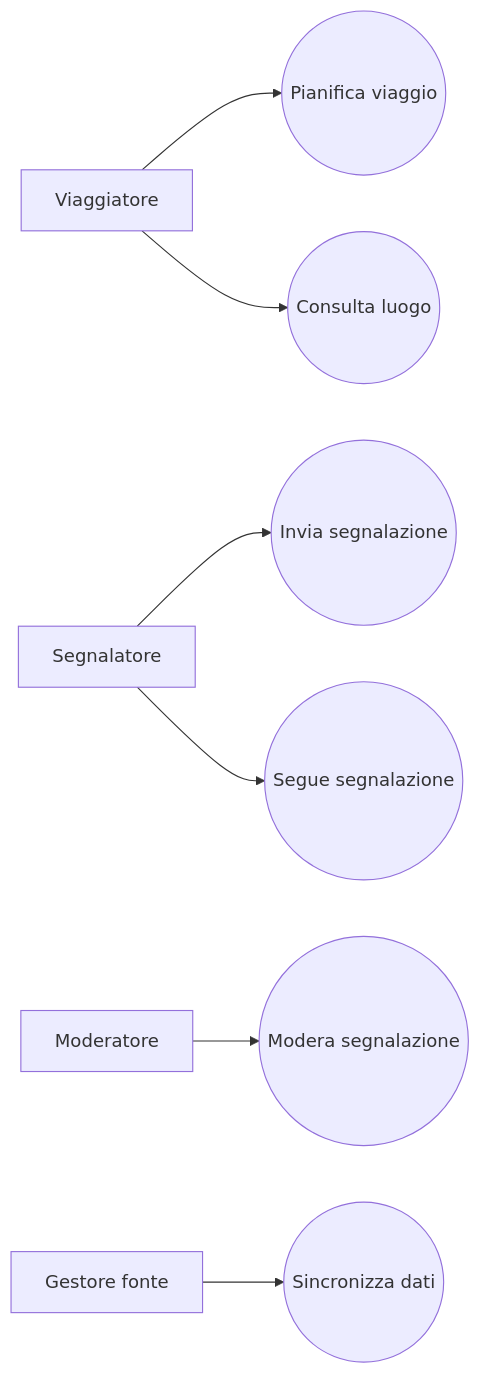
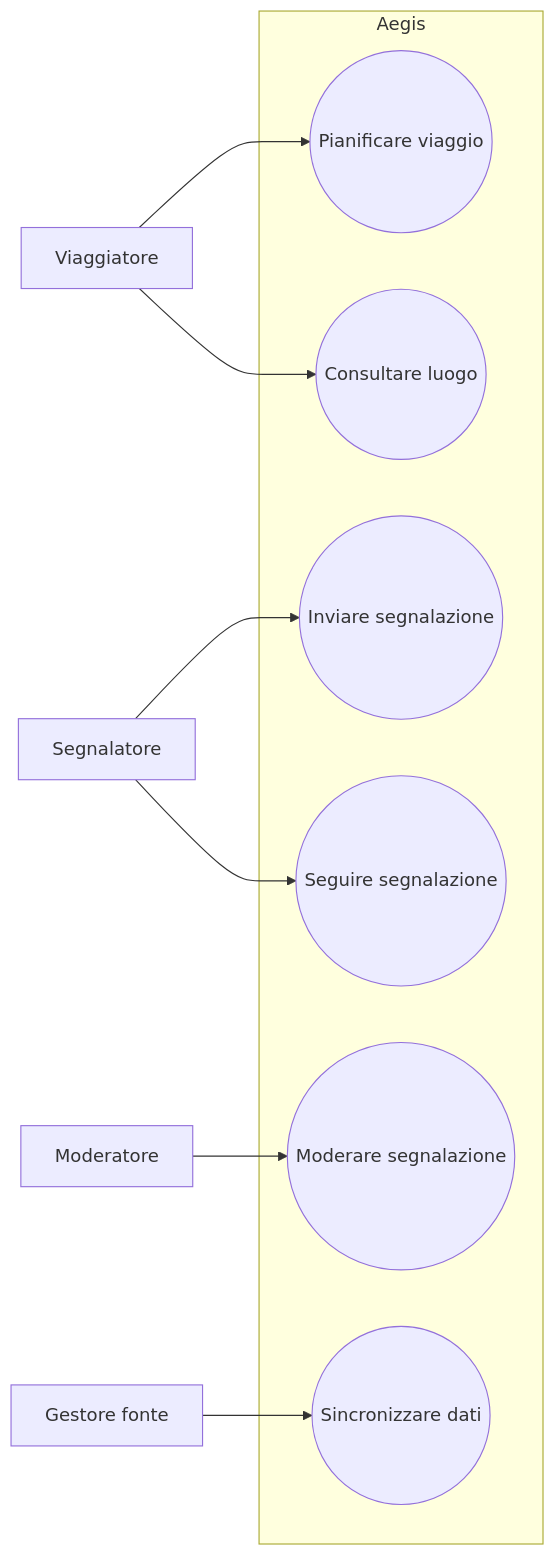
One commit to andreaplini/aegis changed the first of 7 diagrams in docs/RAD.md. Above: the diagram before and after it, drawn with Mermaid. The commit also changed other lines of this file and 2 other files, not shown here.

````diff
--- a/docs/RAD.md
+++ b/docs/RAD.md
@@ -121,9 +141,21 @@
 ```mermaid
 flowchart LR
-  V[Viaggiatore] --> P((Pianifica viaggio))
-  V --> L((Consulta luogo))
-  S[Segnalatore] --> R((Invia segnalazione))
-  S --> T((Segue segnalazione))
-  M[Moderatore] --> Q((Modera segnalazione))
-  G[Gestore fonte] --> I((Sincronizza dati))
+  V[Viaggiatore]
+  S[Segnalatore]
+  M[Moderatore]
+  G[Gestore fonte]
+  subgraph Aegis
+    P((Pianificare viaggio))
+    L((Consultare luogo))
+    R((Inviare segnalazione))
+    T((Seguire segnalazione))
+    Q((Moderare segnalazione))
+    I((Sincronizzare dati))
+  end
+  V --> P
+  V --> L
+  S --> R
+  S --> T
+  M --> Q
+  G --> I
 ```
````
